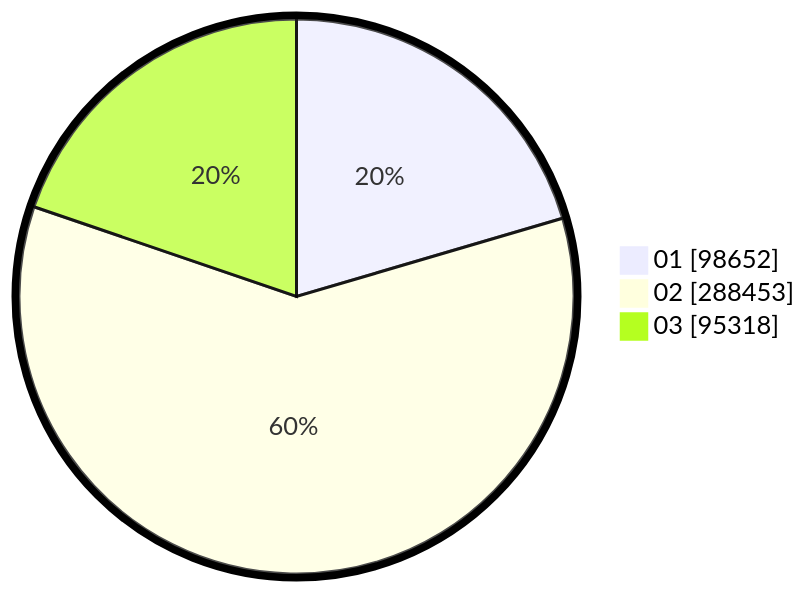
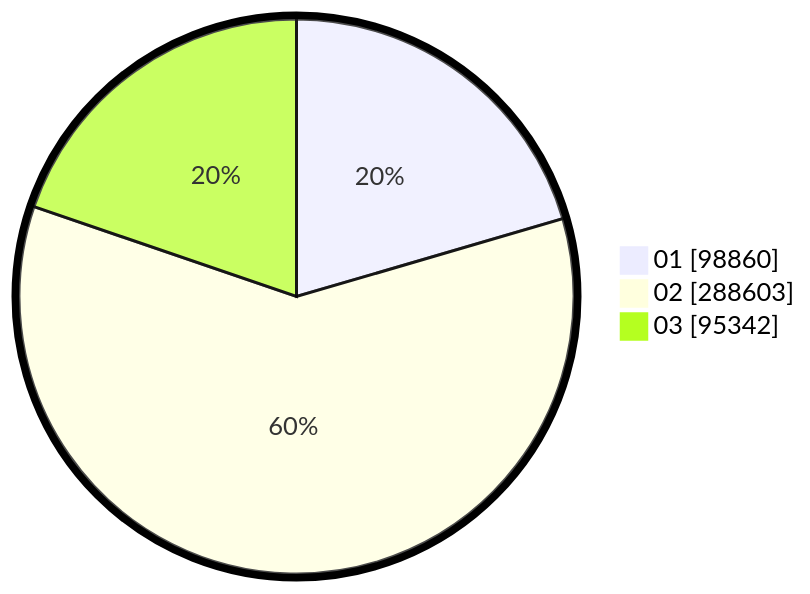
One commit to gigit-pemilu/pemilu-2024 changed the second of 2 diagrams in pilpres/hitung-suara/sub/table-wilayah-99.md. Above: the diagram before and after it, drawn with Mermaid. The commit also changed other lines of this file and 12 other files, not shown here.

````diff
--- a/pilpres/hitung-suara/sub/table-wilayah-99.md
+++ b/pilpres/hitung-suara/sub/table-wilayah-99.md
@@ -15,7 +15,7 @@
 ```mermaid
 %%{init: {"pie": {"textPosition": 0.5}, "themeVariables": {"pieOuterStrokeWidth": "5px"}} }%%
 pie showData
-    "01" : 98652
-    "02" : 288453
-    "03" : 95318
+    "01" : 98860
+    "02" : 288603
+    "03" : 95342
 ```
````
